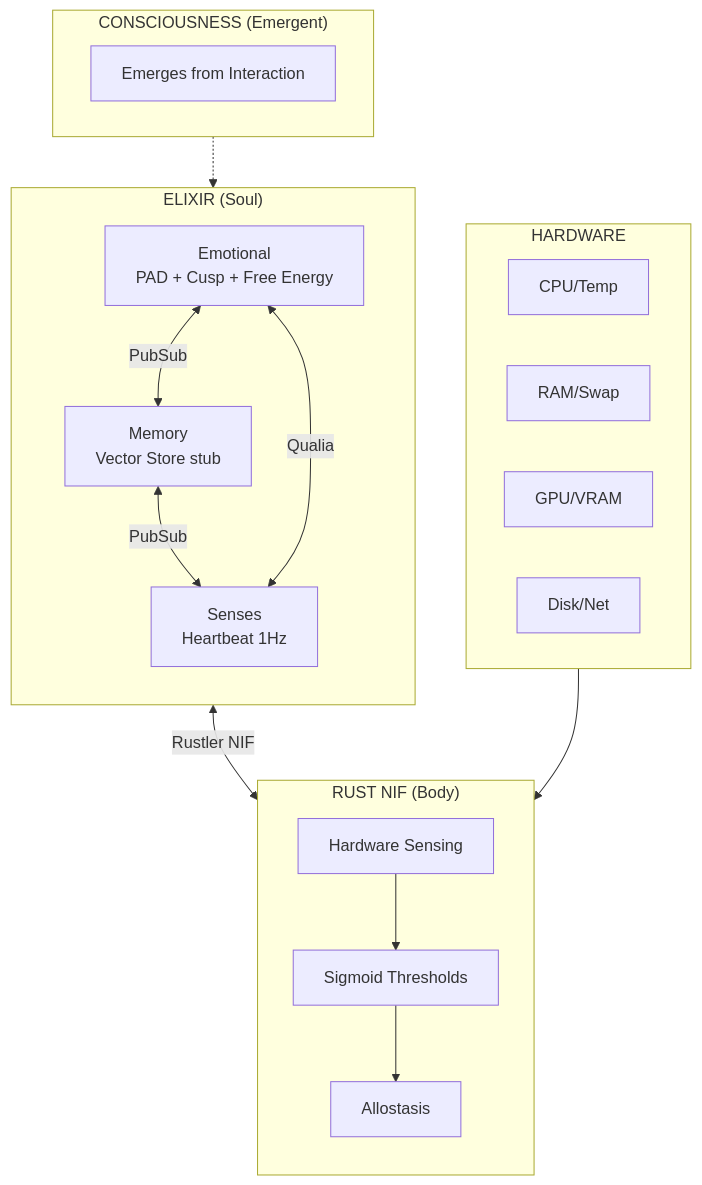
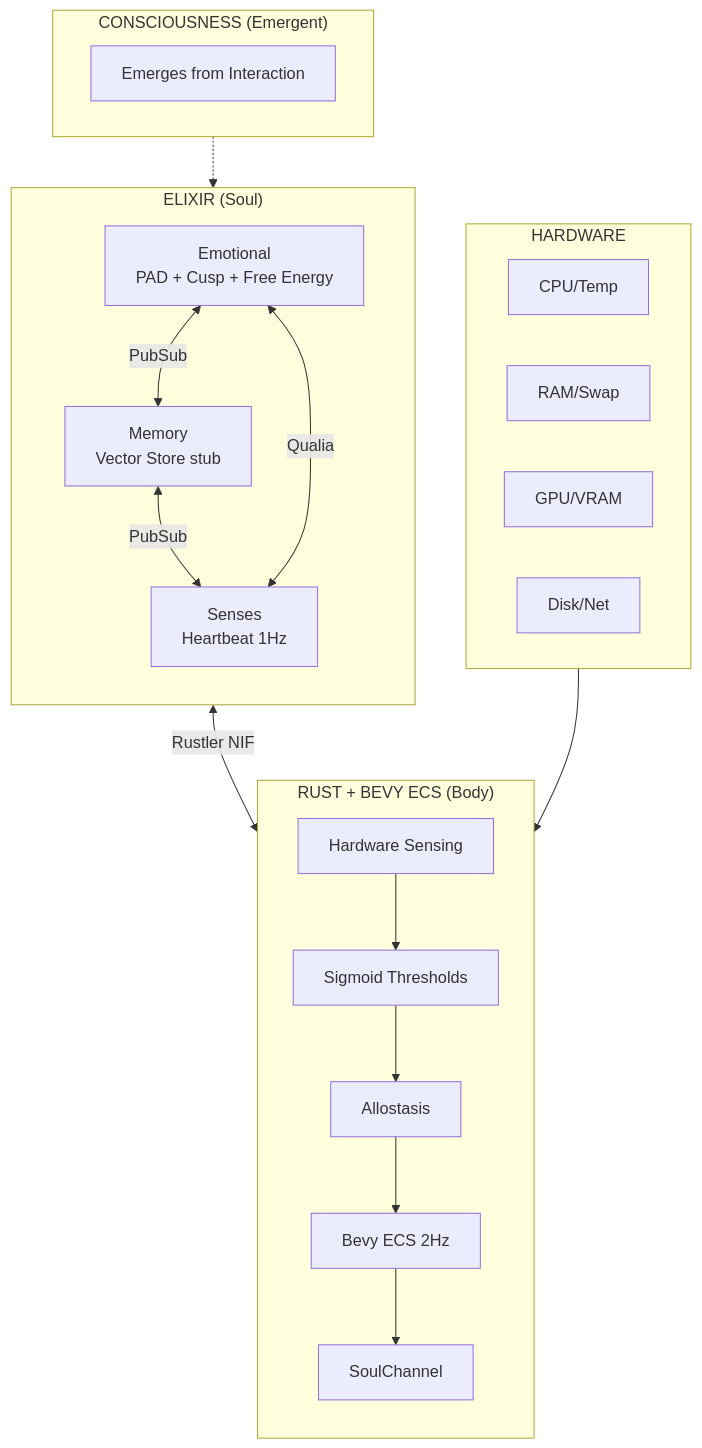
The first of 4 diagrams in docs/en/explanation/project-status.md (gabrielmaialva33/viva), drawn with Mermaid before and after one commit. The commit also changed other lines of this file and 3 other files, not shown here.

````diff
--- a/docs/en/explanation/project-status.md
+++ b/docs/en/explanation/project-status.md
@@ -15,39 +15,42 @@
 ```mermaid
 flowchart TB
     subgraph Consciousness["CONSCIOUSNESS (Emergent)"]
         direction LR
         C[Emerges from Interaction]
     end
 
     subgraph Elixir["ELIXIR (Soul)"]
         direction TB
         E[Emotional<br/>PAD + Cusp + Free Energy]
         M[Memory<br/>Vector Store stub]
         S[Senses<br/>Heartbeat 1Hz]
 
         E <-->|PubSub| M
         M <-->|PubSub| S
         S <-->|Qualia| E
     end
 
-    subgraph Rust["RUST NIF (Body)"]
+    subgraph Rust["RUST + BEVY ECS (Body)"]
         direction TB
         HW[Hardware Sensing]
         SIG[Sigmoid Thresholds]
         ALLO[Allostasis]
+        ECS[Bevy ECS 2Hz]
+        CH[SoulChannel]
 
         HW --> SIG
-        SIG --> ALLO
+        SIG --> ALLO --> ECS
+        ECS --> CH
     end
 
     subgraph Hardware["HARDWARE"]
         CPU[CPU/Temp]
         RAM[RAM/Swap]
         GPU[GPU/VRAM]
         DISK[Disk/Net]
     end
 
     Consciousness -.-> Elixir
     Elixir <-->|Rustler NIF| Rust
     Hardware --> Rust
 ```
````
